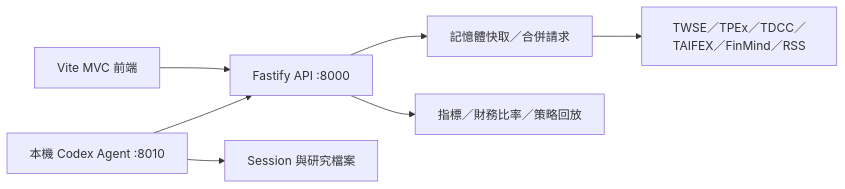
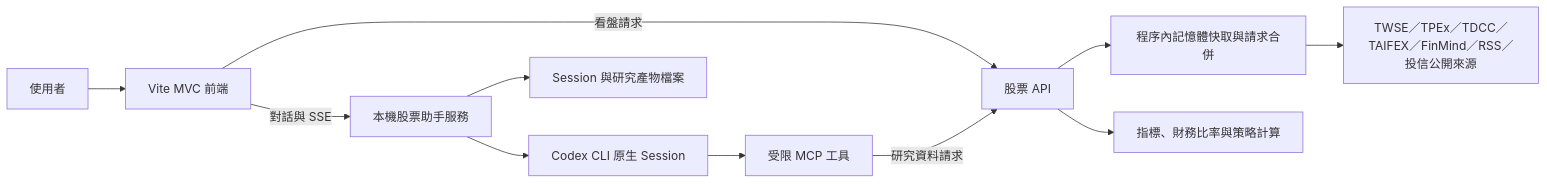
One commit to LueZero/TWStock-Coach changed the diagram in docs/DESIGN.md. Above: the diagram before and after it, drawn with Mermaid. The commit also changed other lines of this file and 2 other files, not shown here.

````diff
--- a/docs/DESIGN.md
+++ b/docs/DESIGN.md
@@ -9,9 +19,13 @@
 ```mermaid
 flowchart LR
-  Web[Vite MVC 前端] --> API[Fastify API :8000]
-  API --> RAM[記憶體快取／合併請求]
-  RAM --> Sources[TWSE／TPEx／TDCC／TAIFEX／FinMind／RSS]
-  API --> Calc[指標／財務比率／策略回放]
-  Agent[本機 Codex Agent :8010] --> API
-  Agent --> Files[Session 與研究檔案]
+  User[使用者] --> Web[Vite MVC 前端]
+  Web -->|看盤請求| API[股票 API]
+  Web -->|對話與 SSE| Agent[本機股票助手服務]
+  Agent --> CLI[Codex CLI 原生 Session]
+  CLI --> MCP[受限 MCP 工具]
+  MCP -->|研究資料請求| API
+  API --> RAM[程序內記憶體快取與請求合併]
+  RAM --> Sources[TWSE／TPEx／TDCC／TAIFEX／FinMind／RSS／投信公開來源]
+  API --> Compute[指標、財務比率與策略計算]
+  Agent --> Files[Session 與研究產物檔案]
 ```
````
